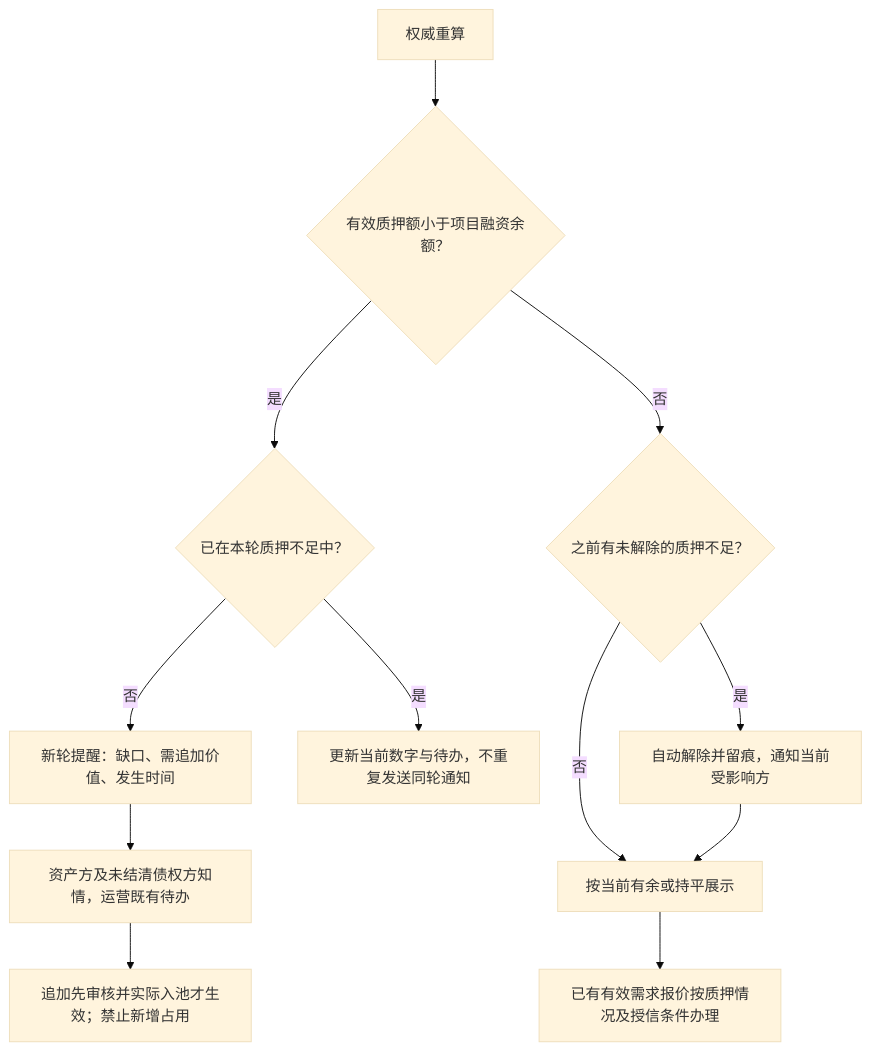
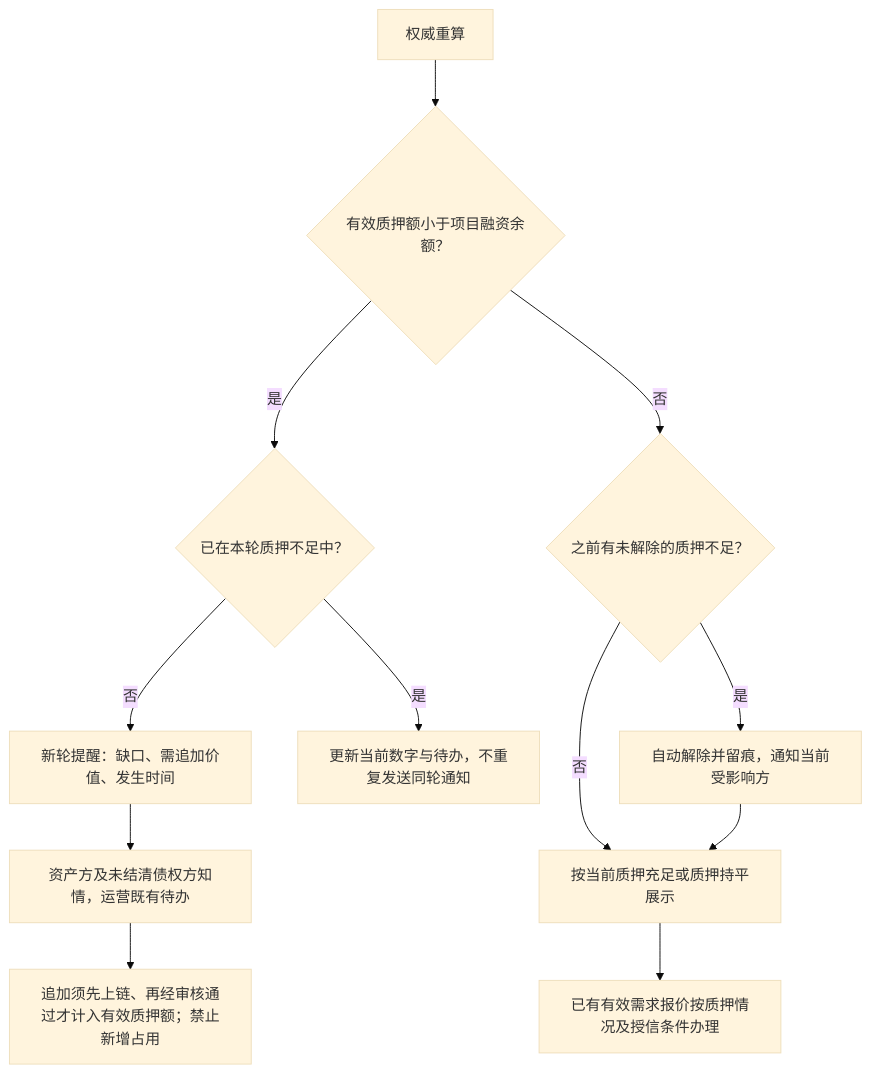
The sixth of 10 diagrams in lending-platform/PRD/面客端/05-借贷广场-融资需求与代币质押/02-融资需求与代币质押-流程图与状态机.md (wxblockchain/Chain-Financing), drawn with Mermaid (base theme) before and after one commit. The commit also changed other lines of this file and 6 other files, not shown here.

````diff
--- a/lending-platform/PRD/面客端/05-借贷广场-融资需求与代币质押/02-融资需求与代币质押-流程图与状态机.md
+++ b/lending-platform/PRD/面客端/05-借贷广场-融资需求与代币质押/02-融资需求与代币质押-流程图与状态机.md
@@ -154,14 +155,14 @@
 ```mermaid
 flowchart TD
   A[权威重算] --> B{有效质押额小于项目融资余额？}
   B -- 是 --> C{已在本轮质押不足中？}
   C -- 否 --> D[新轮提醒：缺口、需追加价值、发生时间]
   D --> E[资产方及未结清债权方知情，运营既有待办]
-  E --> F[追加先审核并实际入池才生效；禁止新增占用]
+  E --> F[追加须先上链、再经审核通过才计入有效质押额；禁止新增占用]
   C -- 是 --> G[更新当前数字与待办，不重复发送同轮通知]
   B -- 否 --> H{之前有未解除的质押不足？}
   H -- 是 --> I[自动解除并留痕，通知当前受影响方]
-  H -- 否 --> J[按当前有余或持平展示]
+  H -- 否 --> J[按当前质押充足或质押持平展示]
   I --> J
   J --> K[已有有效需求报价按质押情况及授信条件办理]
 ```
````
